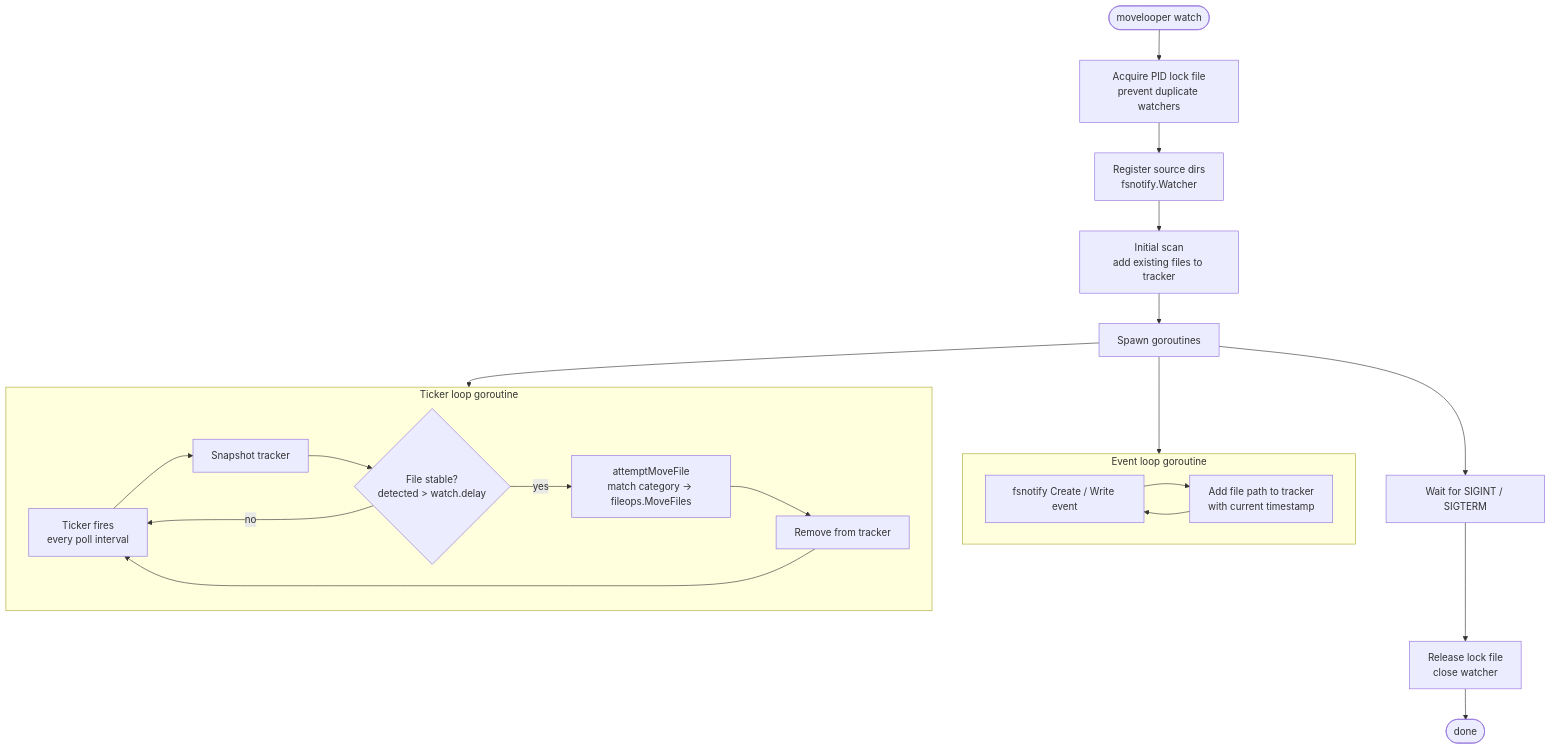
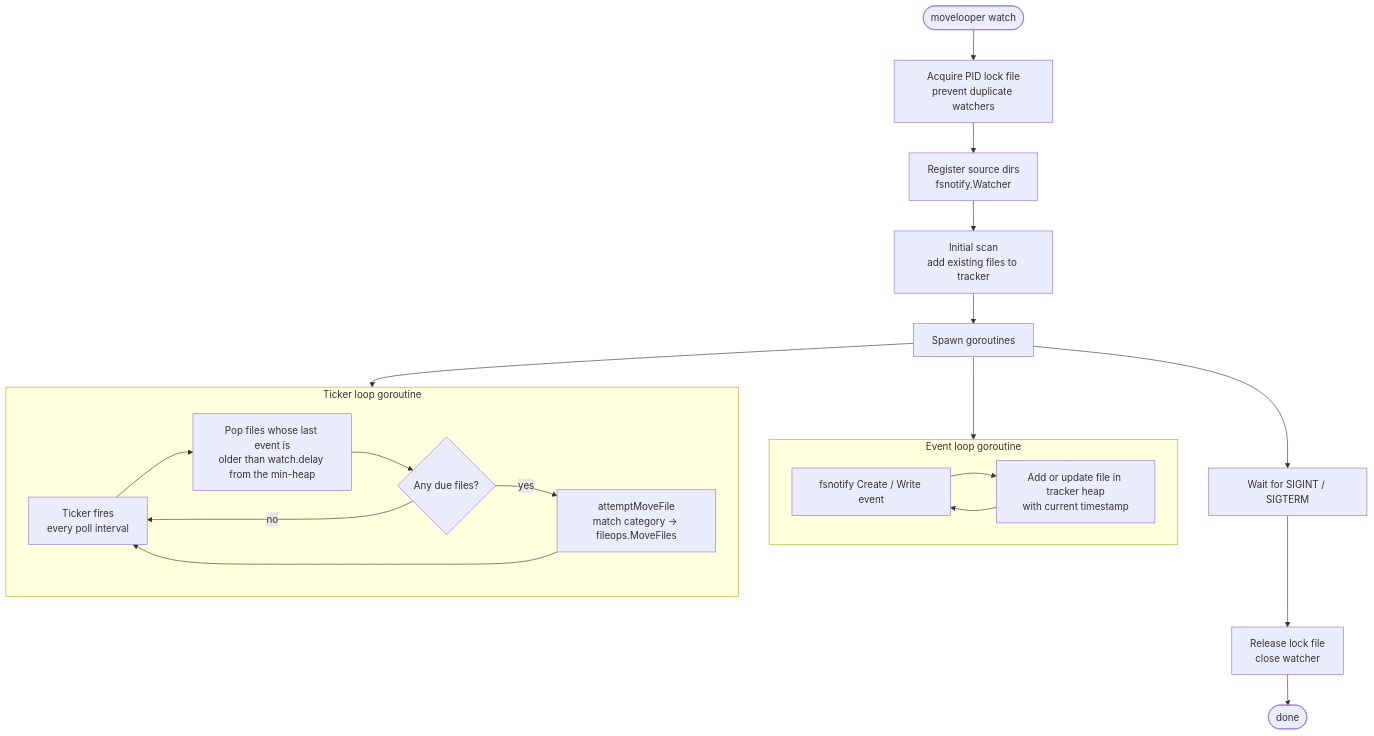
One commit to lucasassuncao/movelooper changed the third of 7 diagrams in docs/movelooper/ARCHITECTURE.md. Above: the diagram before and after it, drawn with Mermaid. The commit also changed 8 other files, not shown here.

````diff
--- a/docs/movelooper/ARCHITECTURE.md
+++ b/docs/movelooper/ARCHITECTURE.md
@@ -84,28 +84,27 @@
 ```mermaid
 flowchart TD
     Start([movelooper watch]) --> Lock[Acquire PID lock file\nprevent duplicate watchers]
     Lock --> Register[Register source dirs\nfsnotify.Watcher]
     Register --> InitScan[Initial scan\nadd existing files to tracker]
     InitScan --> Goroutines[Spawn goroutines]
 
     Goroutines --> EventLoop
     Goroutines --> TickerLoop
     Goroutines --> WaitSignal[Wait for SIGINT / SIGTERM]
 
     subgraph EventLoop [Event loop goroutine]
-        E1[fsnotify Create / Write event] --> E2[Add file path to tracker\nwith current timestamp]
+        E1[fsnotify Create / Write event] --> E2[Add or update file in tracker heap\nwith current timestamp]
         E2 --> E1
     end
 
     subgraph TickerLoop [Ticker loop goroutine]
-        T1[Ticker fires\nevery poll interval] --> T2[Snapshot tracker]
-        T2 --> T3{File stable?\ndetected > watch.delay}
+        T1[Ticker fires\nevery poll interval] --> T2[Pop files whose last event is\nolder than watch.delay from the min-heap]
+        T2 --> T3{Any due files?}
         T3 -- no --> T1
         T3 -- yes --> T4[attemptMoveFile\nmatch category → fileops.MoveFiles]
-        T4 --> T5[Remove from tracker]
-        T5 --> T1
+        T4 --> T1
     end
 
     WaitSignal --> Shutdown[Release lock file\nclose watcher]
     Shutdown --> End([done])
 ```
````
